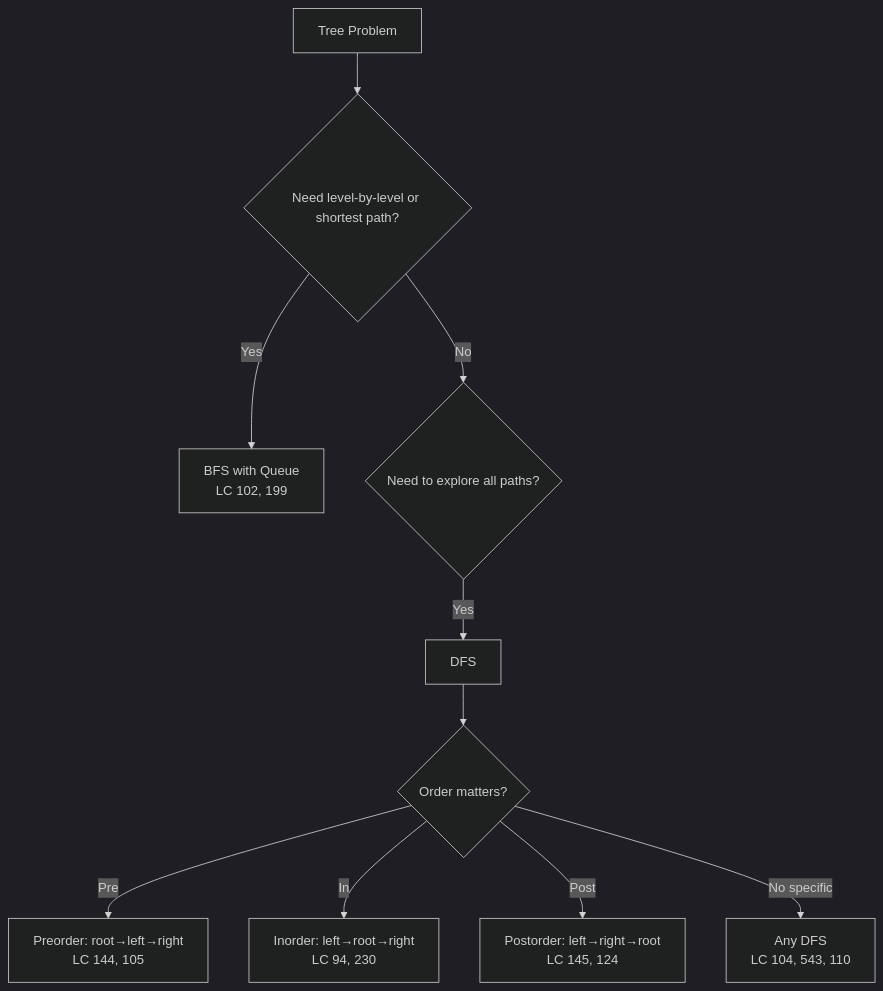
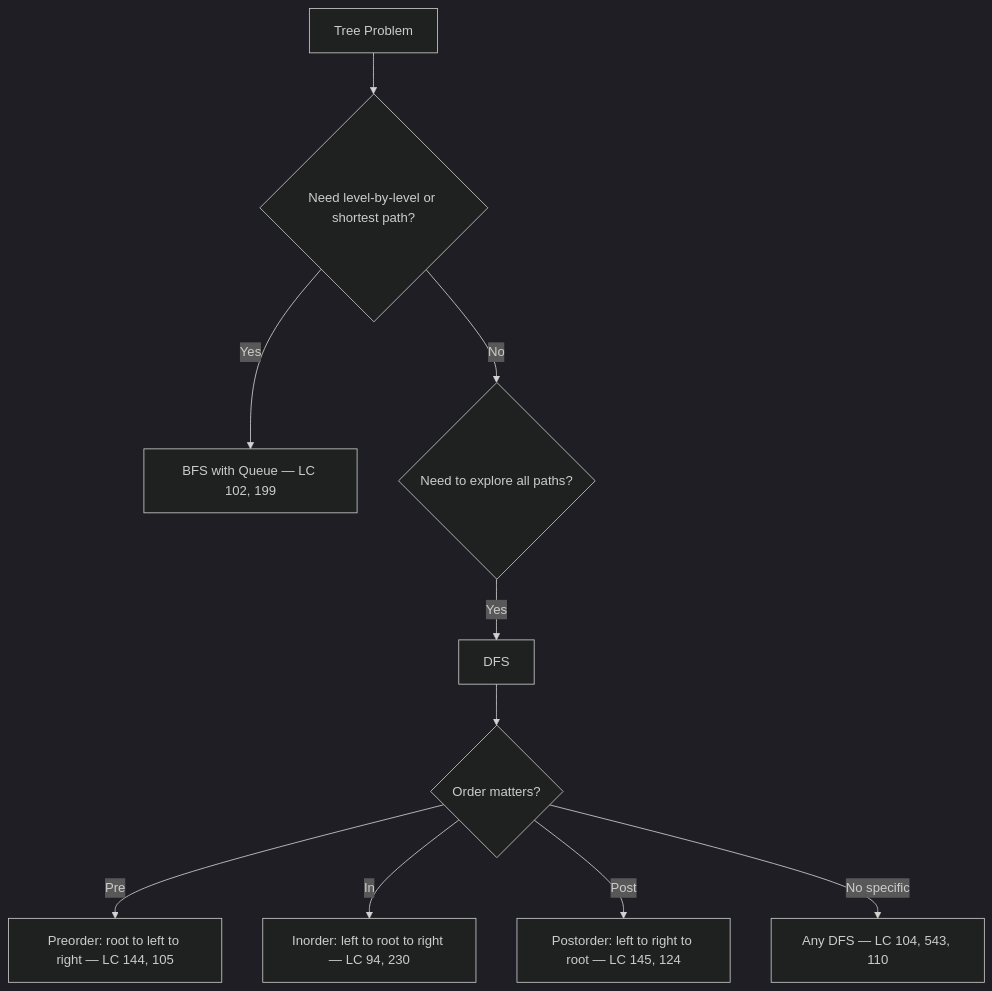
One commit to deepanshu-rawat6/AlgoAtlas changed the first of 6 diagrams in trees/README.md. Above: the diagram before and after it, drawn with Mermaid (dark theme). The commit also changed other lines of this file and 13 other files, not shown here.

````diff
--- a/trees/README.md
+++ b/trees/README.md
@@ -60,12 +60,12 @@
 ```mermaid
 flowchart TD
     A[Tree Problem] --> B{"Need level-by-level or shortest path?"}
-    B -- Yes --> C[BFS with Queue<br>LC 102, 199]
+    B -- Yes --> C["BFS with Queue — LC 102, 199"]
     B -- No --> D{"Need to explore all paths?"}
     D -- Yes --> E[DFS]
     E --> F{"Order matters?"}
-    F -- Pre --> G[Preorder: root→left→right<br>LC 144, 105]
-    F -- In --> H[Inorder: left→root→right<br>LC 94, 230]
-    F -- Post --> I[Postorder: left→right→root<br>LC 145, 124]
-    F -- No specific --> J[Any DFS<br>LC 104, 543, 110]
+    F -- Pre --> G["Preorder: root to left to right — LC 144, 105"]
+    F -- In --> H["Inorder: left to root to right — LC 94, 230"]
+    F -- Post --> I["Postorder: left to right to root — LC 145, 124"]
+    F -- No specific --> J["Any DFS — LC 104, 543, 110"]
 ```
````
